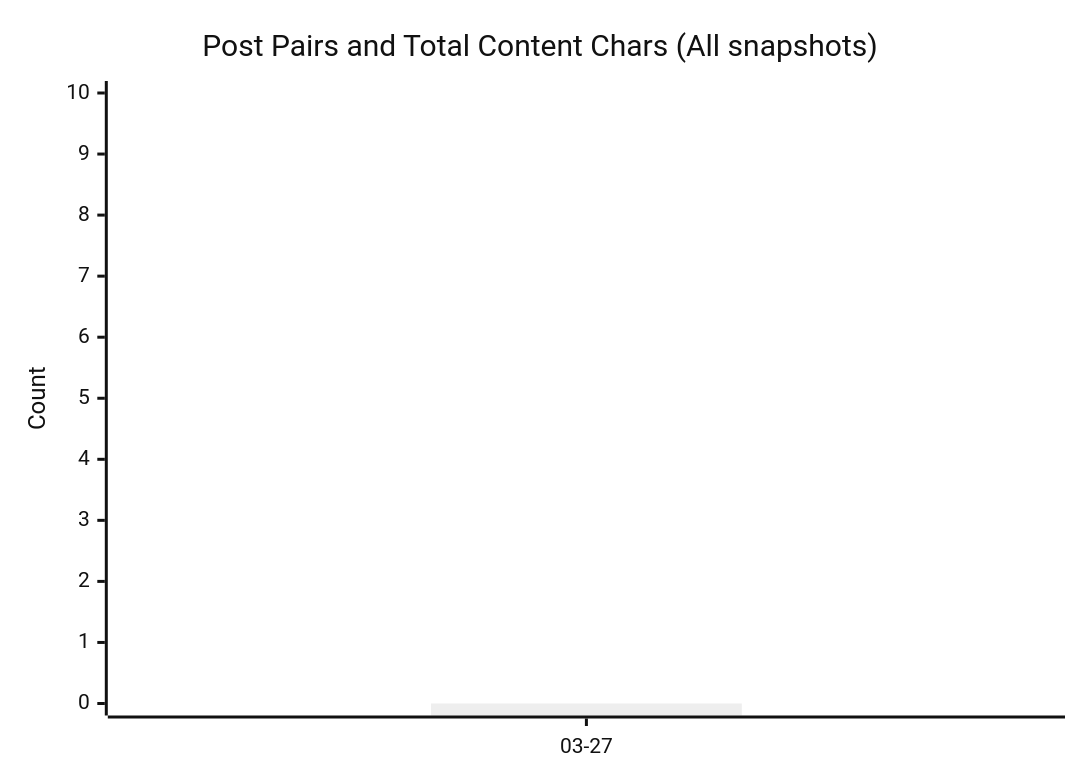
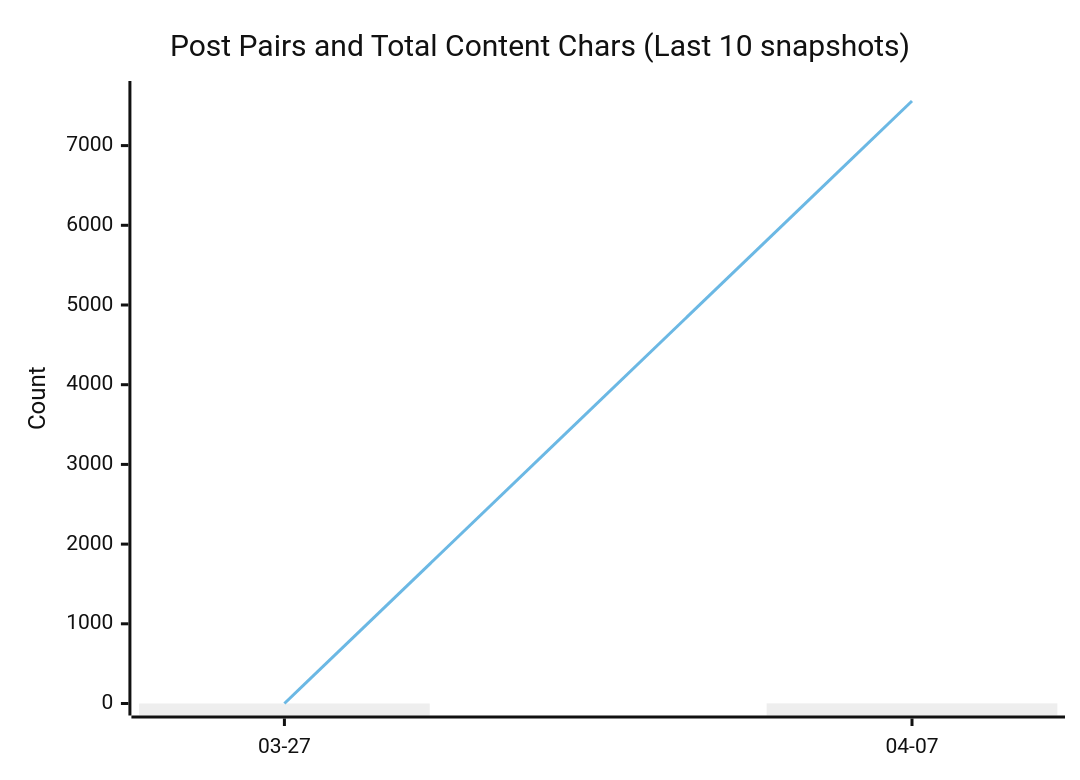
One commit to ttw225/blog changed the diagram in README.md. Above: the diagram before and after it, drawn with Mermaid (neutral theme). The commit also changed other lines of this file and 5 other files, not shown here.

````diff
--- a/README.md
+++ b/README.md
@@ -25,8 +25,8 @@
 ```mermaid
 xychart-beta
-  title "Post Pairs and Total Content Chars (All snapshots)"
-  x-axis ["03-27"]
-  y-axis "Count" 0 --> 10
-  bar [0]
-  line [0]
+  title "Post Pairs and Total Content Chars (Last 10 snapshots)"
+  x-axis ["03-27", "04-07"]
+  y-axis "Count" 0 --> 7660
+  bar [0, 2]
+  line [0, 7560]
 ```
````
